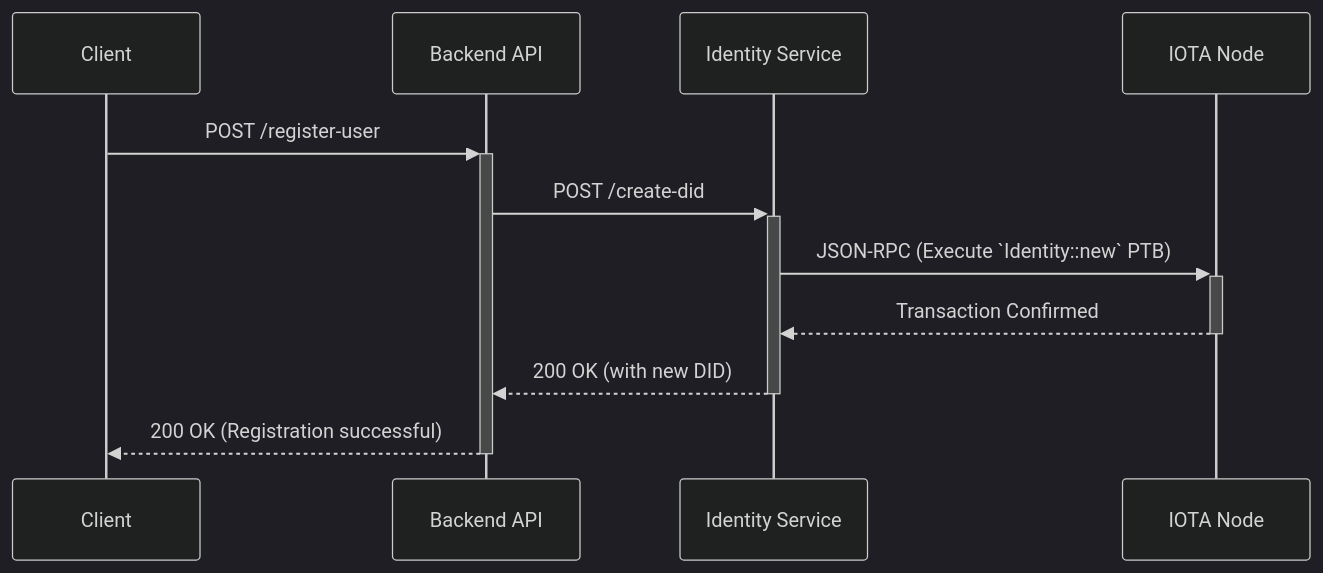
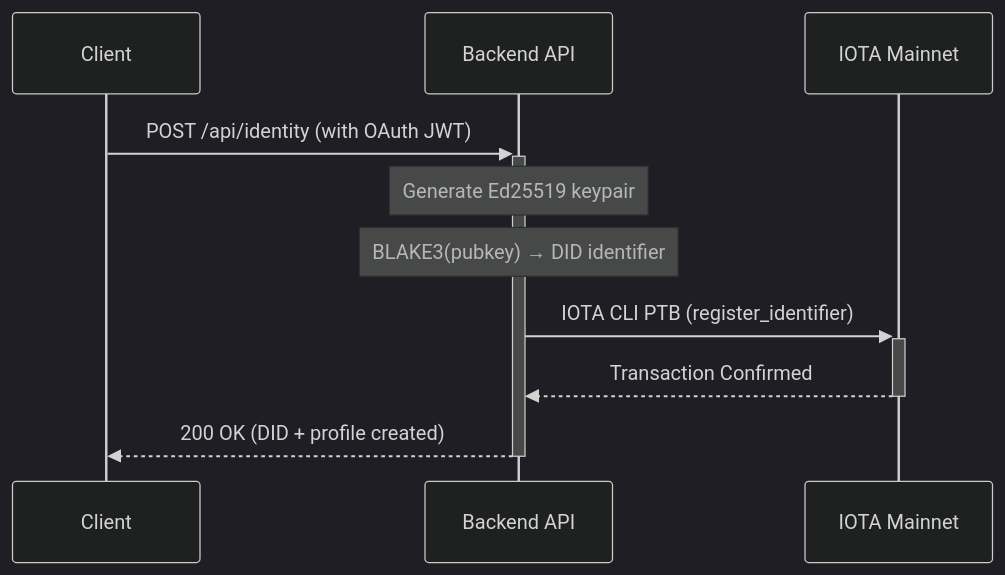
The third of 4 diagrams in 04_Backend_And_Identity_Service.md (theweboftrust/wot.id-public-docs), drawn with Mermaid (dark theme) before and after one commit. The commit also changed other lines of this file, not shown here.

````diff
--- a/04_Backend_And_Identity_Service.md
+++ b/04_Backend_And_Identity_Service.md
@@ -667,14 +664,13 @@
 ```mermaid
 sequenceDiagram
     participant Client
     participant Backend API
-    participant Identity Service
-    participant IOTA Node
+    participant IOTA Mainnet
 
-    Client->>+Backend API: POST /register-user
-    Backend API->>+Identity Service: POST /create-did
-    Identity Service->>+IOTA Node: JSON-RPC (Execute `Identity::new` PTB)
-    IOTA Node-->>-Identity Service: Transaction Confirmed
-    Identity Service-->>-Backend API: 200 OK (with new DID)
-    Backend API-->>-Client: 200 OK (Registration successful)
+    Client->>+Backend API: POST /api/identity (with OAuth JWT)
+    Note over Backend API: Generate Ed25519 keypair
+    Note over Backend API: BLAKE3(pubkey) → DID identifier
+    Backend API->>+IOTA Mainnet: IOTA CLI PTB (register_identifier)
+    IOTA Mainnet-->>-Backend API: Transaction Confirmed
+    Backend API-->>-Client: 200 OK (DID + profile created)
 ```
````
